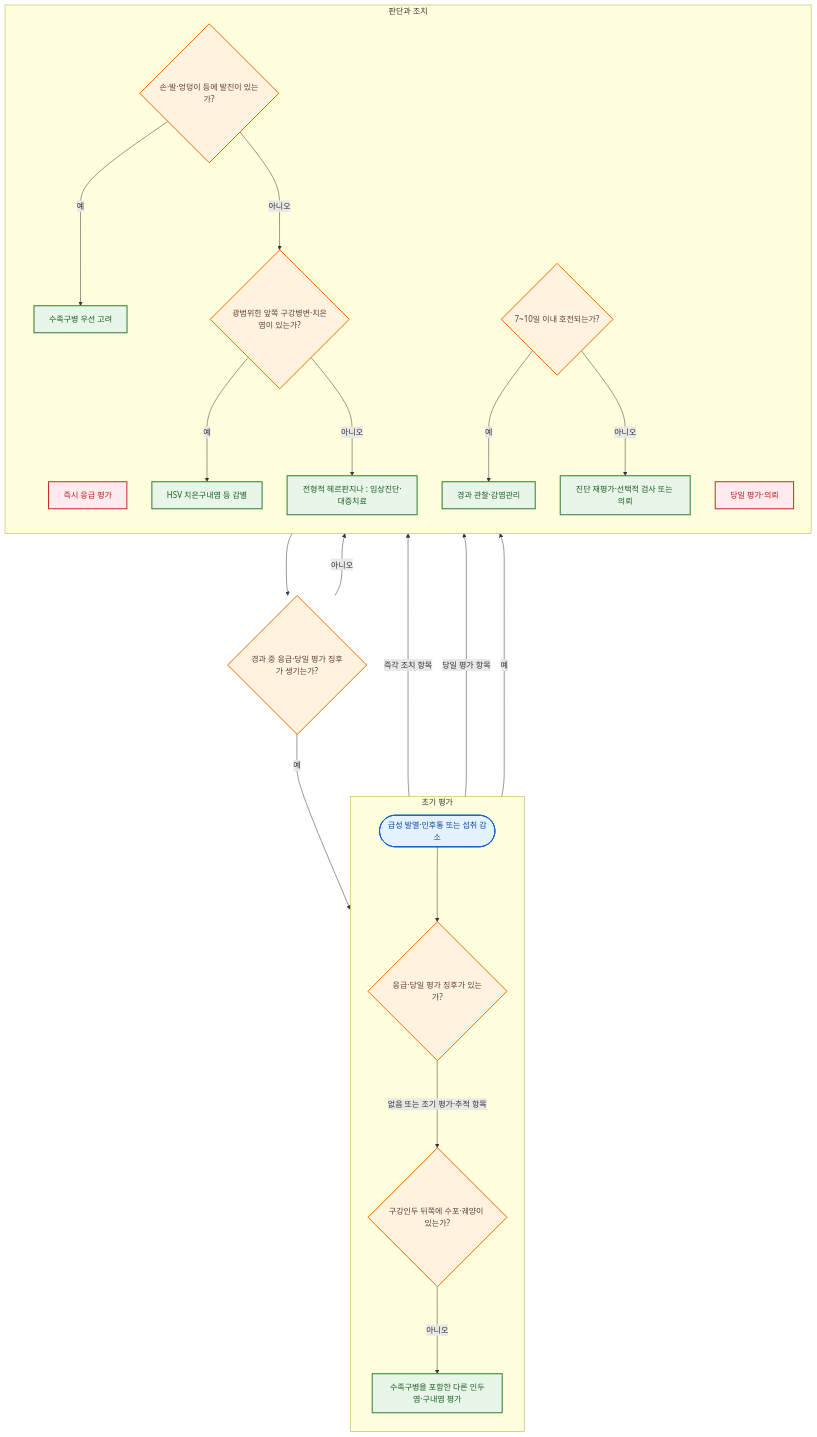
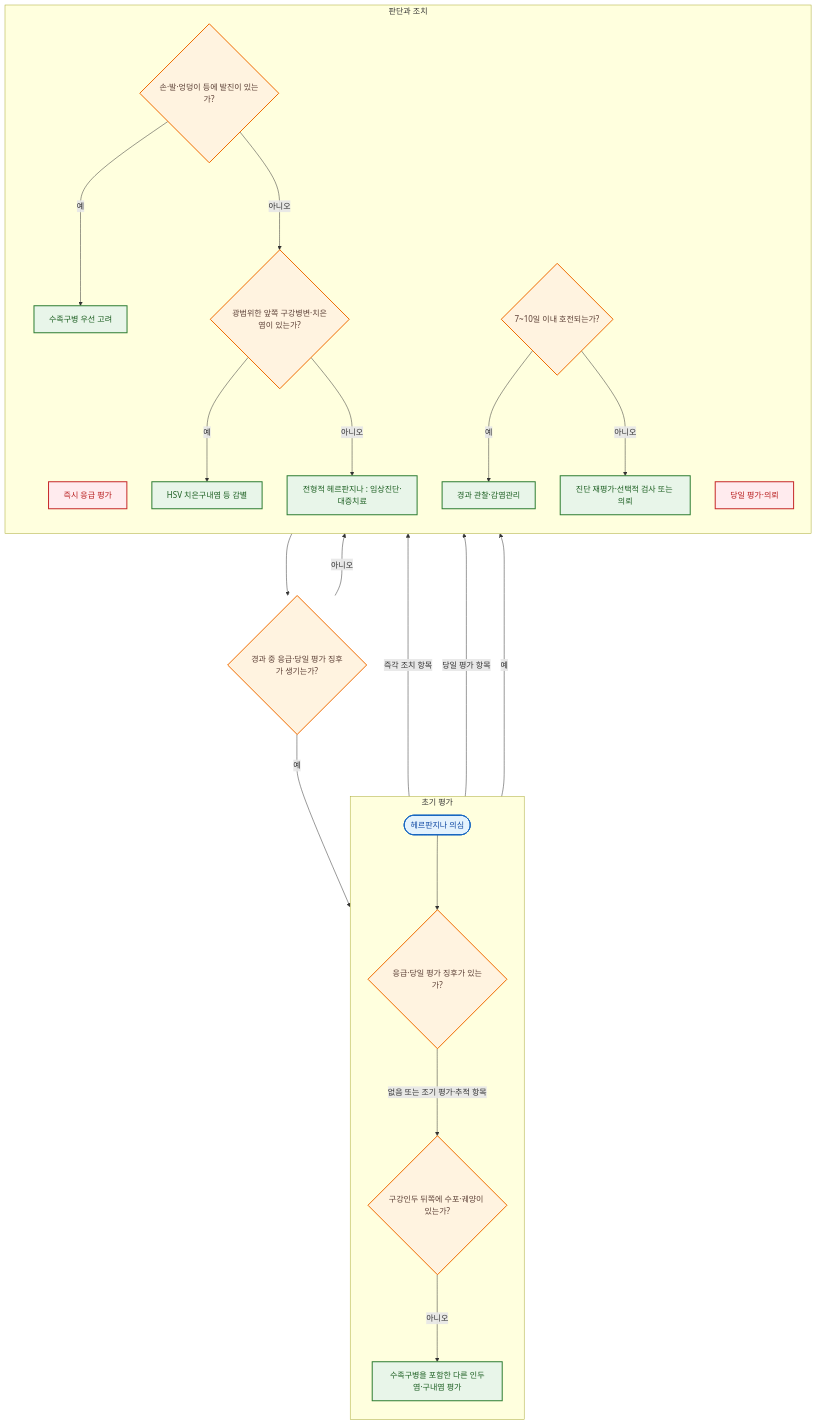
Before and after one commit to familyoh77/familyoh77: the diagram in 230_/199_-herpangina.md, drawn with Mermaid. The commit also changed other lines of this file and 16 other files, not shown here.

````diff
--- a/230_/199_-herpangina.md
+++ b/230_/199_-herpangina.md
@@ -97,45 +101,45 @@
 ```mermaid
 flowchart TB
     subgraph A["초기 평가"]
         direction TB
-        A1(["급성 발열·인후통 또는 섭취 감소"]) ---> A3{"응급·당일 평가 징후가 있는가?"}
+        A1(["헤르판지나 의심"]) ---> A3{"응급·당일 평가 징후가 있는가?"}
         A3 --->|없음 또는 조기 평가·추적 항목| A2{"구강인두 뒤쪽에 수포·궤양이 있는가?"}
         A2 --->|아니오| A4["수족구병을 포함한 다른 인두염·구내염 평가"]
     end
 
     subgraph B["판단과 조치"]
         direction TB
         B1["즉시 응급 평가"]
         Same["당일 평가·의뢰"]
         B2{"손·발·엉덩이 등에 발진이 있는가?"}
         B3["수족구병 우선 고려"]
         B4{"광범위한 앞쪽 구강병변·치은염이 있는가?"}
         B5["HSV 치은구내염 등 감별"]
         B6["전형적 헤르판지나 : 임상진단·대증치료"]
         B7{"7~10일 이내 호전되는가?"}
         B8["경과 관찰·감염관리"]
         B9["진단 재평가·선택적 검사 또는 의뢰"]
     end
 
     A3 --->|즉각 조치 항목| B1
     A3 --->|당일 평가 항목| Same
     A2 --->|예| B2
     B2 --->|예| B3
     B2 --->|아니오| B4
     B4 --->|예| B5
     B4 --->|아니오| B6
     B6 ---> W{"경과 중 응급·당일 평가 징후가 생기는가?"}
     W --->|예| A3
     W --->|아니오| B7
     B7 --->|예| B8
     B7 --->|아니오| B9
 
     classDef start fill:#e3f2fd,stroke:#1565c0,color:#0d47a1,stroke-width:2px;
     classDef decision fill:#fff3e0,stroke:#ef6c00,color:#5d4037,stroke-width:2px;
     classDef danger fill:#ffebee,stroke:#c62828,color:#b71c1c,stroke-width:2px;
     classDef action fill:#e8f5e9,stroke:#2e7d32,color:#1b5e20,stroke-width:2px;
     class A1 start;
     class A2,A3,B2,B4,B7,W decision;
     class B1,Same danger;
     class A4,B3,B5,B6,B8,B9 action;
 ```
````
